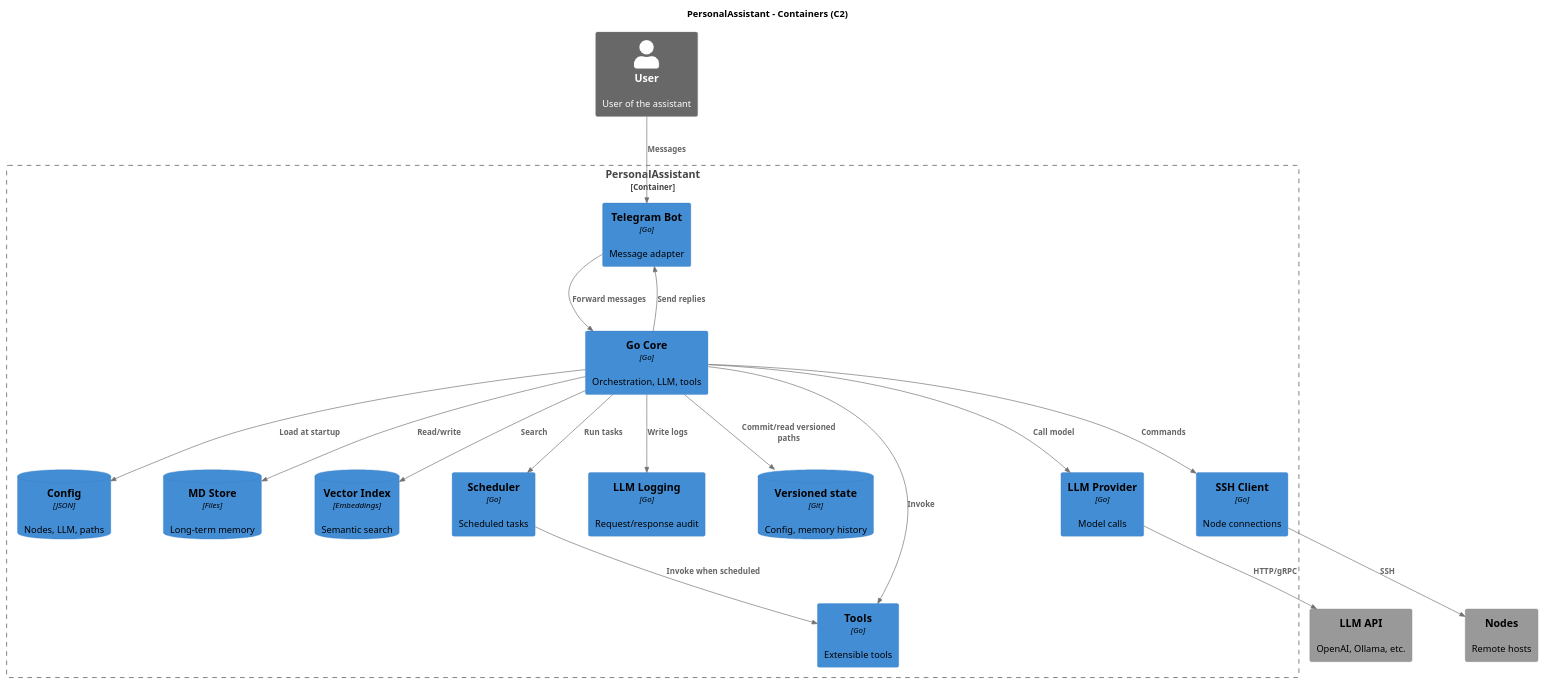
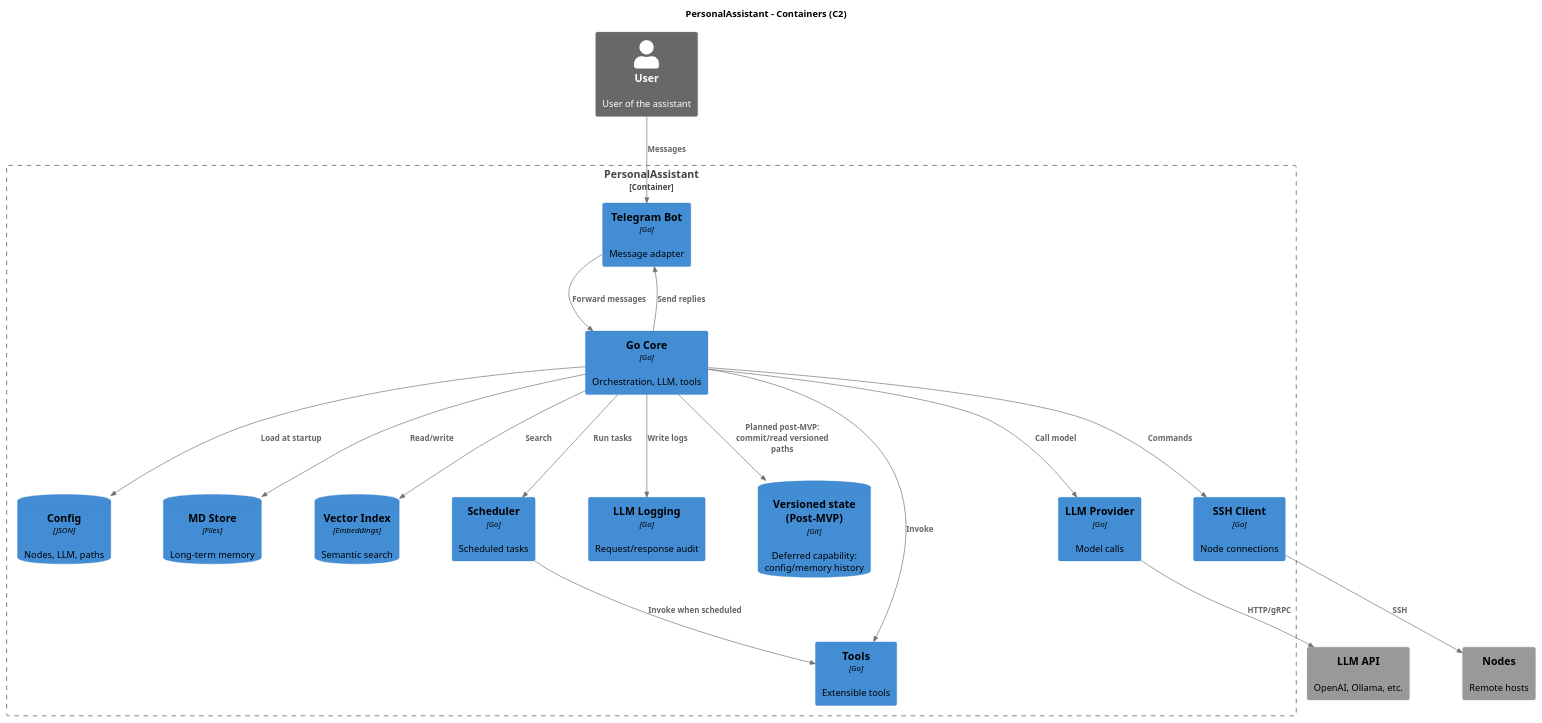
Before and after one commit to asubbot/personal-assistant: the diagram in ai-sdlc-artefacts/epics/EP-001/diagrams/c4-container.puml, drawn with PlantUML. The commit also changed 10 other files, not shown here.

```diff
--- a/ai-sdlc-artefacts/epics/EP-001/diagrams/c4-container.puml
+++ b/ai-sdlc-artefacts/epics/EP-001/diagrams/c4-container.puml
@@ -1,58 +1,58 @@
 @startuml C4 Container - PersonalAssistant
 
 !include https://raw.githubusercontent.com/plantuml-stdlib/C4-PlantUML/master/C4_Container.puml
 
 ' No legend
 SetDefaultLegendEntries("")
 
 ' Styles
 UpdateElementStyle(person, $fontColor="black", $bgColor="#08427B", $borderColor="#073B6F")
 UpdateElementStyle(container, $fontColor="black", $bgColor="#438DD5", $borderColor="#3C7FC0")
 UpdateElementStyle(database, $fontColor="black", $bgColor="#438DD5", $borderColor="#3C7FC0")
 UpdateElementStyle(external_system, $fontColor="black", $bgColor="#999999", $borderColor="#8A8A8A")
 
 ' Layout
 LAYOUT_TOP_DOWN()
 HIDE_STEREOTYPE()
 skinparam nodesep 80
 skinparam ranksep 80
 skinparam ArrowColor #707070
 skinparam ComponentBorderColor #707070
 
 title PersonalAssistant - Containers (C2)
 
 Person_Ext(user, "User", "User of the assistant")
 System_Ext(nodes, "Nodes", "Remote hosts")
 System_Ext(llm_ext, "LLM API", "OpenAI, Ollama, etc.")
 
 Container_Boundary(pa, "PersonalAssistant") {
     Container(tg, "Telegram Bot", "Go", "Message adapter")
     Container(core, "Go Core", "Go", "Orchestration, LLM, tools")
     ContainerDb(cfg, "Config", "JSON", "Nodes, LLM, paths")
     ContainerDb(mem, "MD Store", "Files", "Long-term memory")
     ContainerDb(vec, "Vector Index", "Embeddings", "Semantic search")
     Container(llm, "LLM Provider", "Go", "Model calls")
     Container(log, "LLM Logging", "Go", "Request/response audit")
-    ContainerDb(vstate, "Versioned state", "Git", "Config, memory history")
+    ContainerDb(vstate, "Versioned state (Post-MVP)", "Git", "Deferred capability: config/memory history")
     Container(sched, "Scheduler", "Go", "Scheduled tasks")
     Container(tools, "Tools", "Go", "Extensible tools")
     Container(ssh, "SSH Client", "Go", "Node connections")
 }
 
 Rel(user, tg, "Messages")
 Rel(tg, core, "Forward messages")
 Rel(core, tg, "Send replies")
 Rel(core, cfg, "Load at startup")
 Rel(core, mem, "Read/write")
 Rel(core, vec, "Search")
 Rel(core, llm, "Call model")
 Rel(llm, llm_ext, "HTTP/gRPC")
 Rel(core, log, "Write logs")
-Rel(core, vstate, "Commit/read versioned paths")
+Rel(core, vstate, "Planned post-MVP: commit/read versioned paths")
 Rel(core, sched, "Run tasks")
 Rel(sched, tools, "Invoke when scheduled")
 Rel(core, tools, "Invoke")
 Rel(core, ssh, "Commands")
 Rel(ssh, nodes, "SSH")
 
 @enduml
```
